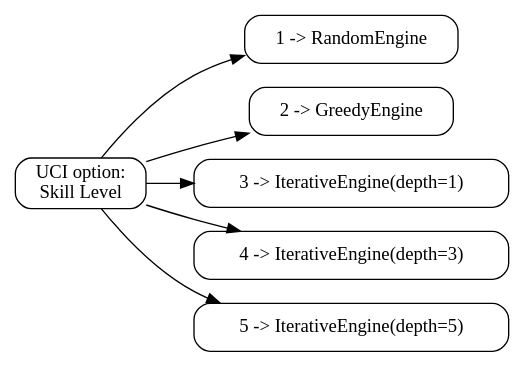
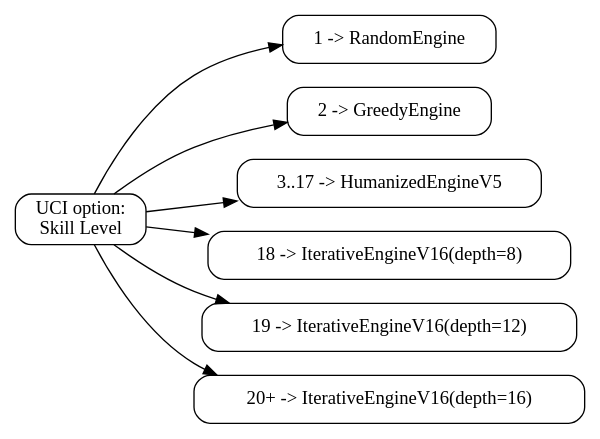
One commit to jwkunz/plum_chess changed the third of 3 diagrams in docs/code_structure.md. Above: the diagram before and after it, drawn with Graphviz. The commit also changed other lines of this file and 1 other file, not shown here.

````diff
--- a/docs/code_structure.md
+++ b/docs/code_structure.md
@@ -172,19 +177,21 @@
 ```dot
 digraph engine_selection {
   rankdir=LR;
   node [shape=box, style=rounded];
 
   skill [label="UCI option:\nSkill Level"];
   e1 [label="1 -> RandomEngine"];
   e2 [label="2 -> GreedyEngine"];
-  e3 [label="3 -> IterativeEngine(depth=1)"];
-  e4 [label="4 -> IterativeEngine(depth=3)"];
-  e5 [label="5 -> IterativeEngine(depth=5)"];
+  e3 [label="3..17 -> HumanizedEngineV5"];
+  e18 [label="18 -> IterativeEngineV16(depth=8)"];
+  e19 [label="19 -> IterativeEngineV16(depth=12)"];
+  e20 [label="20+ -> IterativeEngineV16(depth=16)"];
 
   skill -> e1;
   skill -> e2;
   skill -> e3;
-  skill -> e4;
-  skill -> e5;
+  skill -> e18;
+  skill -> e19;
+  skill -> e20;
 }
 ```
````
